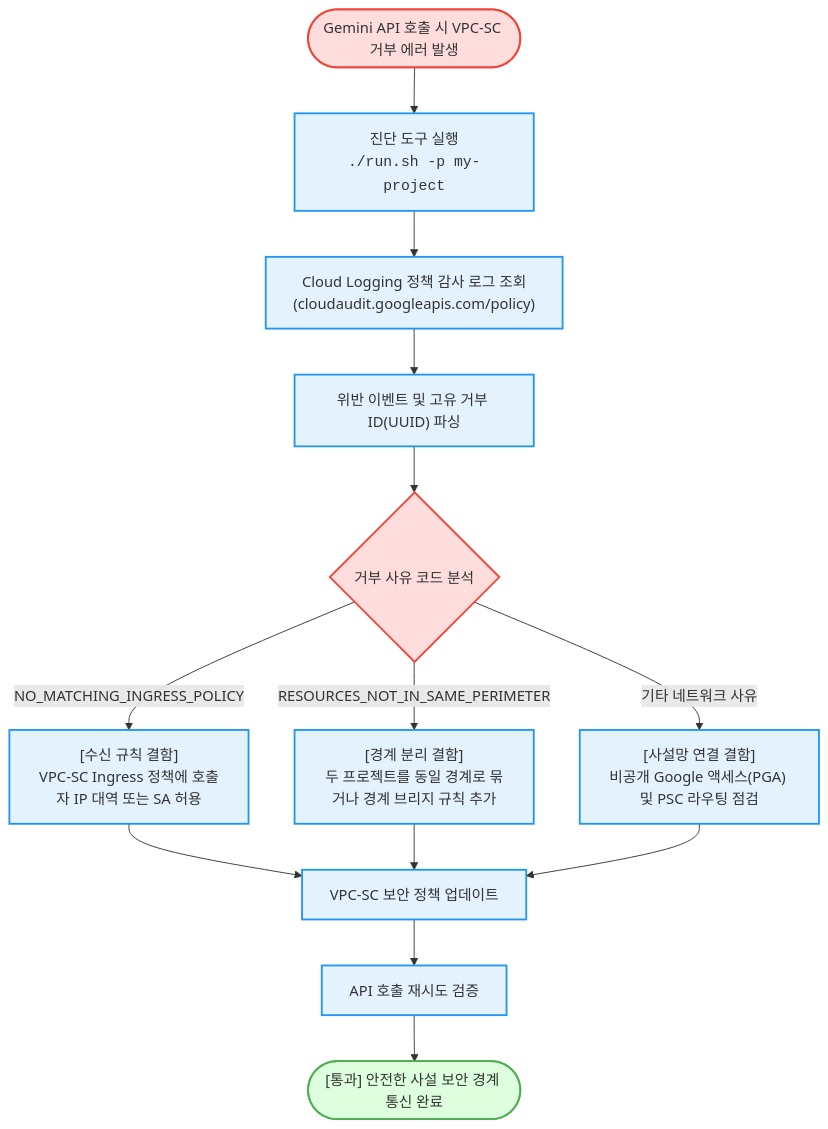
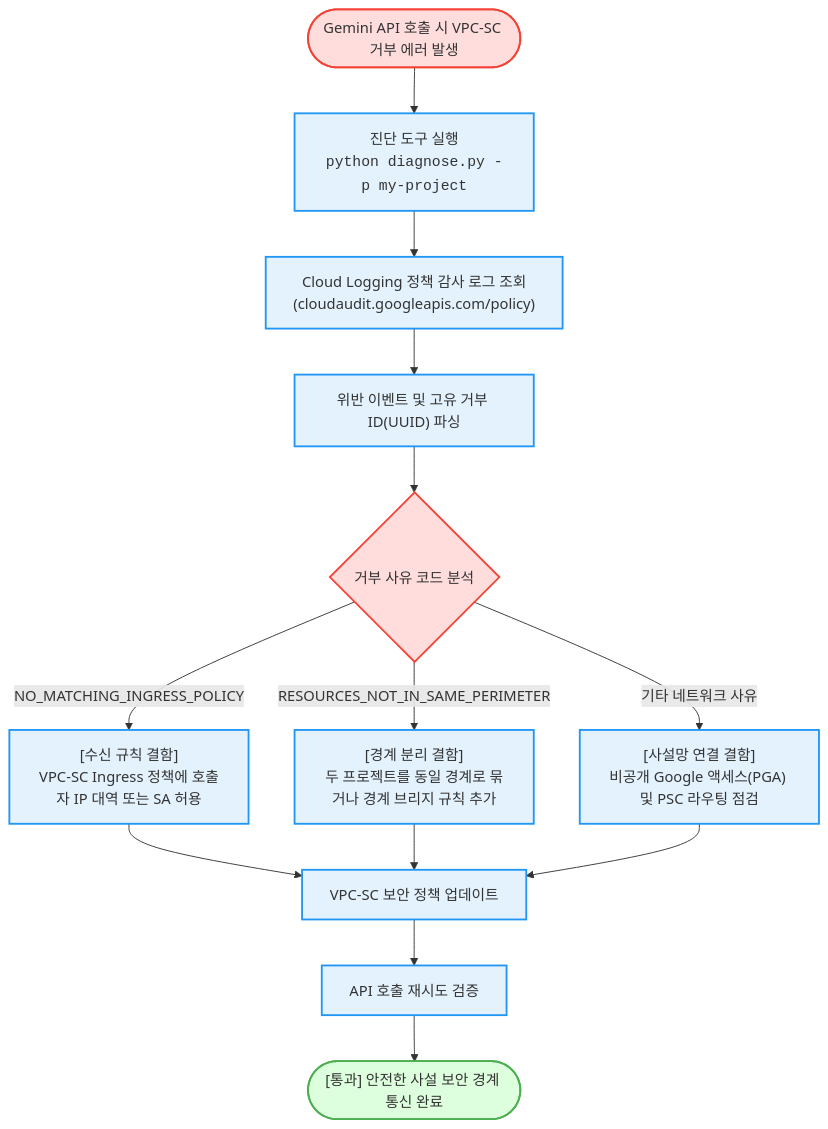
One commit to jiangjun-forge/google-cloud-0-to-1 changed the diagram in samples/gemini-vpc-sc-denial-resolver/README.md. Above: the diagram before and after it, drawn with Mermaid. The commit also changed other lines of this file and 180 other files, not shown here.

````diff
--- a/samples/gemini-vpc-sc-denial-resolver/README.md
+++ b/samples/gemini-vpc-sc-denial-resolver/README.md
@@ -37,27 +37,27 @@
 ```mermaid
 flowchart TD
-    Start(["Gemini API 호출 시 VPC-SC 거부 에러 발생"]) --> RunTool["진단 도구 실행<br/><code>./run.sh -p my-project</code>"]
+    Start(["Gemini API 호출 시 VPC-SC 거부 에러 발생"]) --> RunTool["진단 도구 실행<br/><code>python diagnose.py -p my-project</code>"]
     
     RunTool --> QueryAudit["Cloud Logging 정책 감사 로그 조회<br/>(cloudaudit.googleapis.com/policy)"]
     QueryAudit --> ParseEvents["위반 이벤트 및 고유 거부 ID(UUID) 파싱"]
     
     ParseEvents --> CheckReason{"거부 사유 코드 분석"}
     
     CheckReason -- "NO_MATCHING_INGRESS_POLICY" --> FixIngress["[수신 규칙 결함]<br/>VPC-SC Ingress 정책에 호출자 IP 대역 또는 SA 허용"]
     CheckReason -- "RESOURCES_NOT_IN_SAME_PERIMETER" --> FixBridge["[경계 분리 결함]<br/>두 프로젝트를 동일 경계로 묶거나 경계 브리지 규칙 추가"]
     CheckReason -- "기타 네트워크 사유" --> FixPGA["[사설망 연결 결함]<br/>비공개 Google 액세스(PGA) 및 PSC 라우팅 점검"]
     
     FixIngress --> ApplyPolicy["VPC-SC 보안 정책 업데이트"]
     FixBridge --> ApplyPolicy
     FixPGA --> ApplyPolicy
     
     ApplyPolicy --> Retest["API 호출 재시도 검증"]
     Retest --> Done(["[통과] 안전한 사설 보안 경계 통신 완료"])
 
     classDef alert fill:#ffdddd,stroke:#f44336,stroke-width:2px;
     classDef success fill:#ddffdd,stroke:#4caf50,stroke-width:2px;
     classDef action fill:#e3f2fd,stroke:#2196f3,stroke-width:2px;
     class Start,CheckReason alert;
     class Done success;
     class RunTool,QueryAudit,ParseEvents,FixIngress,FixBridge,FixPGA,ApplyPolicy,Retest action;
 ```
````
